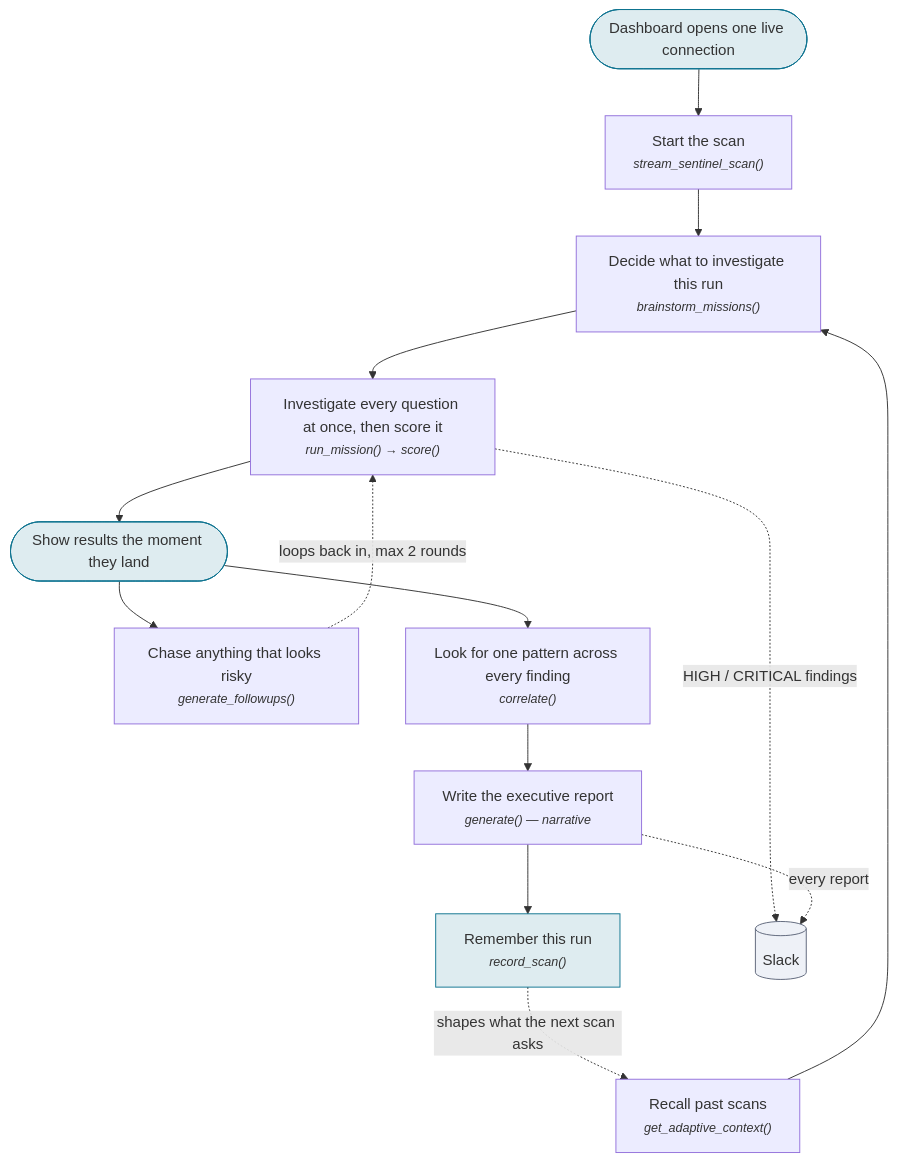
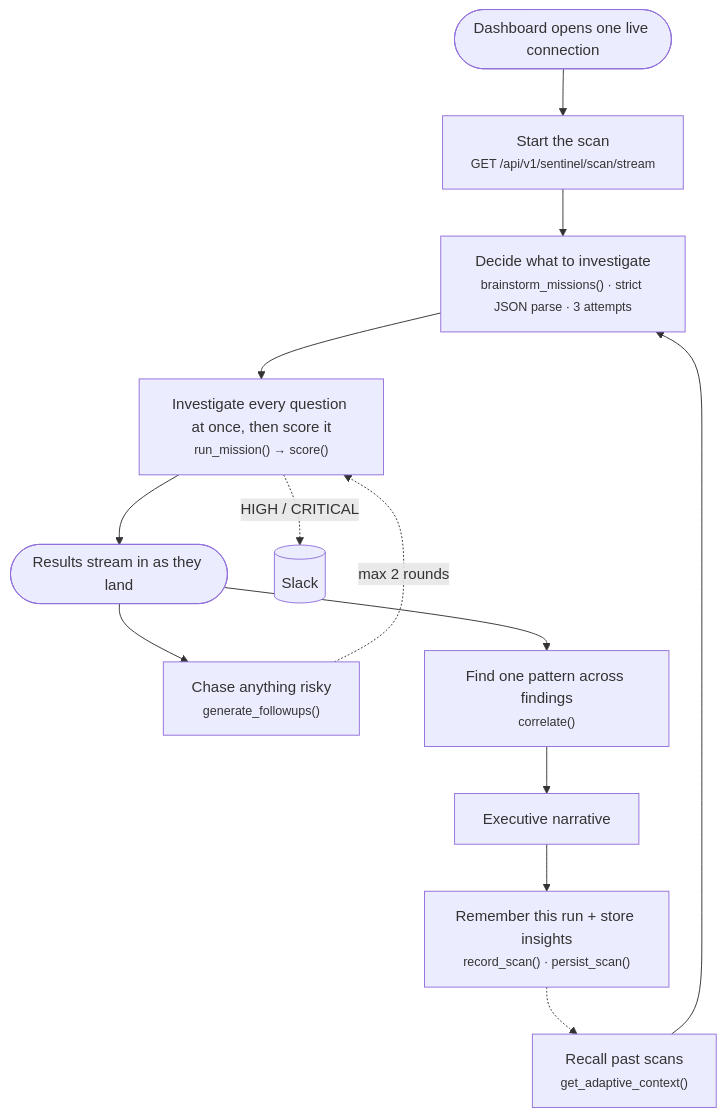
One commit to JamsheerJabbar/HackDerivLatest changed the second of 3 diagrams in README.md. Above: the diagram before and after it, drawn with Mermaid. The commit also changed other lines of this file and 89 other files, not shown here.

````diff
--- a/README.md
+++ b/README.md
@@ -25,21 +72,15 @@
 ```mermaid
 flowchart TD
-    UI(["Dashboard opens one live connection"]) --> START["Start the scan<br/><small><i>stream_sentinel_scan()</i></small>"]
-    MEM["Recall past scans<br/><small><i>get_adaptive_context()</i></small>"] --> BRAIN
-    START --> BRAIN["Decide what to investigate this run<br/><small><i>brainstorm_missions()</i></small>"]
-    BRAIN --> RUN["Investigate every question at once, then score it<br/><small><i>run_mission() → score()</i></small>"]
-    RUN --> STREAM(["Show results the moment they land"])
-    STREAM --> DEEP["Chase anything that looks risky<br/><small><i>generate_followups()</i></small>"]
-    DEEP -.->|"loops back in, max 2 rounds"| RUN
-    STREAM --> CORR["Look for one pattern across every finding<br/><small><i>correlate()</i></small>"]
-    CORR --> REPORT["Write the executive report<br/><small><i>generate() — narrative</i></small>"]
-    REPORT --> SAVE["Remember this run<br/><small><i>record_scan()</i></small>"]
-    SAVE -.->|"shapes what the next scan asks"| MEM
-    RUN -.->|"HIGH / CRITICAL findings"| SLACK[("Slack")]
-    REPORT -.->|"every report"| SLACK
-
-    style UI fill:#0e749022,stroke:#0e7490
-    style STREAM fill:#0e749022,stroke:#0e7490
-    style SAVE fill:#0e749022,stroke:#0e7490
-    style SLACK fill:#eef1f7,stroke:#5b6478
+    UI(["Dashboard opens one live connection"]) --> START["Start the scan<br/><small>GET /api/v1/sentinel/scan/stream</small>"]
+    MEM["Recall past scans<br/><small>get_adaptive_context()</small>"] --> BRAIN
+    START --> BRAIN["Decide what to investigate<br/><small>brainstorm_missions() · strict JSON parse · 3 attempts</small>"]
+    BRAIN --> RUN["Investigate every question at once, then score it<br/><small>run_mission() → score()</small>"]
+    RUN --> STREAM(["Results stream in as they land"])
+    STREAM --> DEEP["Chase anything risky<br/><small>generate_followups()</small>"]
+    DEEP -.->|"max 2 rounds"| RUN
+    STREAM --> CORR["Find one pattern across findings<br/><small>correlate()</small>"]
+    CORR --> REPORT["Executive narrative"]
+    REPORT --> SAVE["Remember this run + store insights<br/><small>record_scan() · persist_scan()</small>"]
+    SAVE -.-> MEM
+    RUN -.->|"HIGH / CRITICAL"| SLACK[("Slack")]
 ```
````
